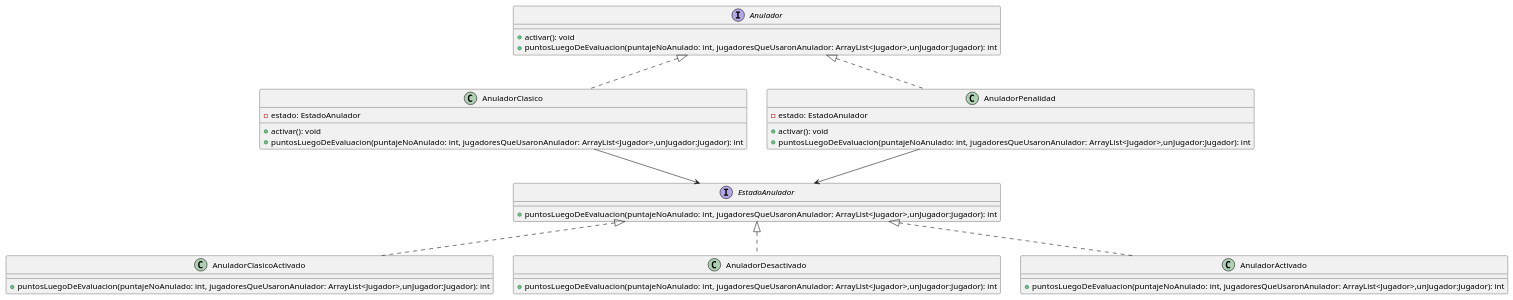
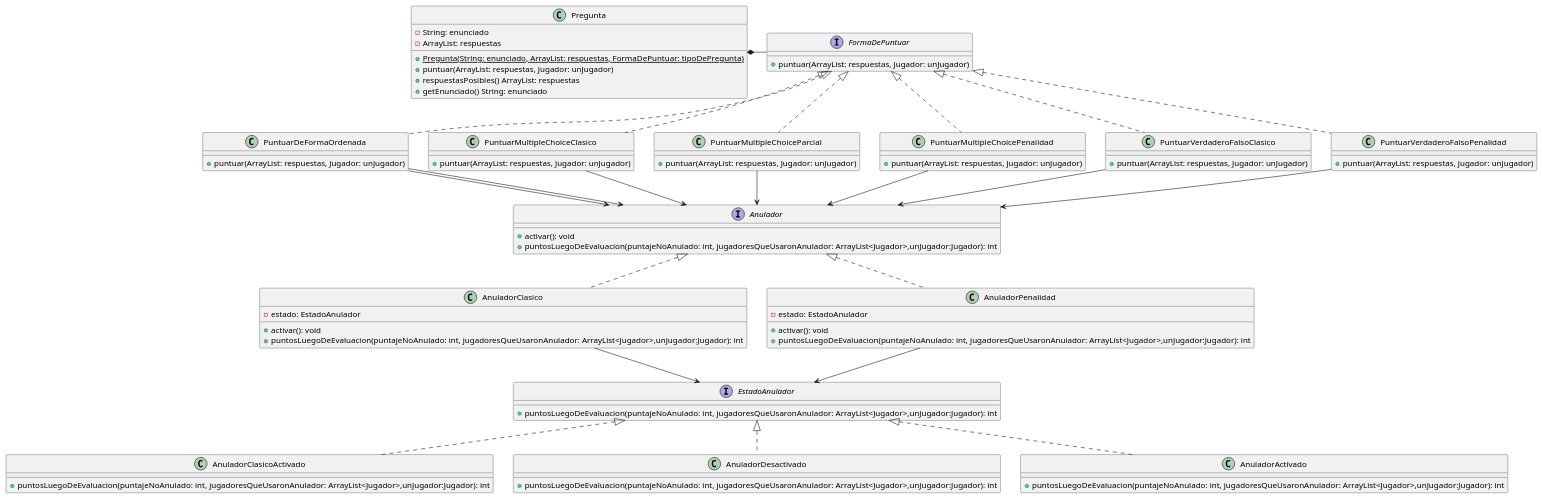
Before and after one commit to lorenzocabirta7/TP2-Algoritmos-y-Programacion-III: the diagram in diagrams/classes/Anulador.puml, drawn with PlantUML. The commit also changed 3 other files, not shown here.

Commit message:
Cree Diagrama Clases Jugador y Anulador

```diff
--- a/diagrams/classes/Anulador.puml
+++ b/diagrams/classes/Anulador.puml
@@ -1,33 +1,78 @@
 @startuml
 interface Anulador {
     +activar(): void
     +puntosLuegoDeEvaluacion(puntajeNoAnulado: int, jugadoresQueUsaronAnulador: ArrayList<Jugador>,unJugador:Jugador): int
 }
 class AnuladorClasico implements Anulador{
     -estado: EstadoAnulador
     +activar(): void
     +puntosLuegoDeEvaluacion(puntajeNoAnulado: int, jugadoresQueUsaronAnulador: ArrayList<Jugador>,unJugador:Jugador): int
 }
 class AnuladorClasicoActivado implements EstadoAnulador {
     +puntosLuegoDeEvaluacion(puntajeNoAnulado: int, jugadoresQueUsaronAnulador: ArrayList<Jugador>,unJugador:Jugador): int
 }
 class AnuladorDesactivado implements EstadoAnulador{
     +puntosLuegoDeEvaluacion(puntajeNoAnulado: int, jugadoresQueUsaronAnulador: ArrayList<Jugador>,unJugador:Jugador): int
 }
 
 class AnuladorPenalidad implements Anulador {
     -estado: EstadoAnulador
     +activar(): void
     +puntosLuegoDeEvaluacion(puntajeNoAnulado: int, jugadoresQueUsaronAnulador: ArrayList<Jugador>,unJugador:Jugador): int
 }
 class AnuladorActivado implements EstadoAnulador{
     +puntosLuegoDeEvaluacion(puntajeNoAnulado: int, jugadoresQueUsaronAnulador: ArrayList<Jugador>,unJugador:Jugador): int
 }
 interface EstadoAnulador {
     +puntosLuegoDeEvaluacion(puntajeNoAnulado: int, jugadoresQueUsaronAnulador: ArrayList<Jugador>,unJugador:Jugador): int
 }
+class Pregunta {
+    - String: enunciado
+    - ArrayList: respuestas
+
+    +{static}Pregunta(String: enunciado, ArrayList: respuestas, FormaDePuntuar: tipoDePregunta)
+    + puntuar(ArrayList: respuestas, Jugador: unJugador)
+    + respuestasPosibles() ArrayList: respuestas
+    + getEnunciado() String: enunciado
+}
+
+interface FormaDePuntuar {
+    + puntuar(ArrayList: respuestas, Jugador: unJugador)
+}
+
+class PuntuarDeFormaOrdenada implements FormaDePuntuar{
+    + puntuar(ArrayList: respuestas, Jugador: unJugador)
+}
+
+class PuntuarMultipleChoiceClasico implements FormaDePuntuar{
+    + puntuar(ArrayList: respuestas, Jugador: unJugador)
+}
+
+class PuntuarMultipleChoiceParcial implements FormaDePuntuar{
+    + puntuar(ArrayList: respuestas, Jugador: unJugador)
+}
+
+class PuntuarMultipleChoicePenalidad implements FormaDePuntuar{
+    + puntuar(ArrayList: respuestas, Jugador: unJugador)
+}
+
+class PuntuarVerdaderoFalsoClasico implements FormaDePuntuar{
+    + puntuar(ArrayList: respuestas, Jugador: unJugador)
+}
+
+class PuntuarVerdaderoFalsoPenalidad implements FormaDePuntuar{
+    + puntuar(ArrayList: respuestas, Jugador: unJugador)
+}
+
+PuntuarDeFormaOrdenada --> Anulador
+PuntuarMultipleChoiceClasico --> Anulador
+PuntuarMultipleChoiceParcial  --> Anulador
+PuntuarMultipleChoicePenalidad  --> Anulador
+PuntuarVerdaderoFalsoPenalidad  --> Anulador
+PuntuarVerdaderoFalsoClasico  --> Anulador
+PuntuarDeFormaOrdenada  --> Anulador
 
 AnuladorClasico --> EstadoAnulador
 AnuladorPenalidad --> EstadoAnulador
-
+Pregunta *- FormaDePuntuar
 @enduml
```
